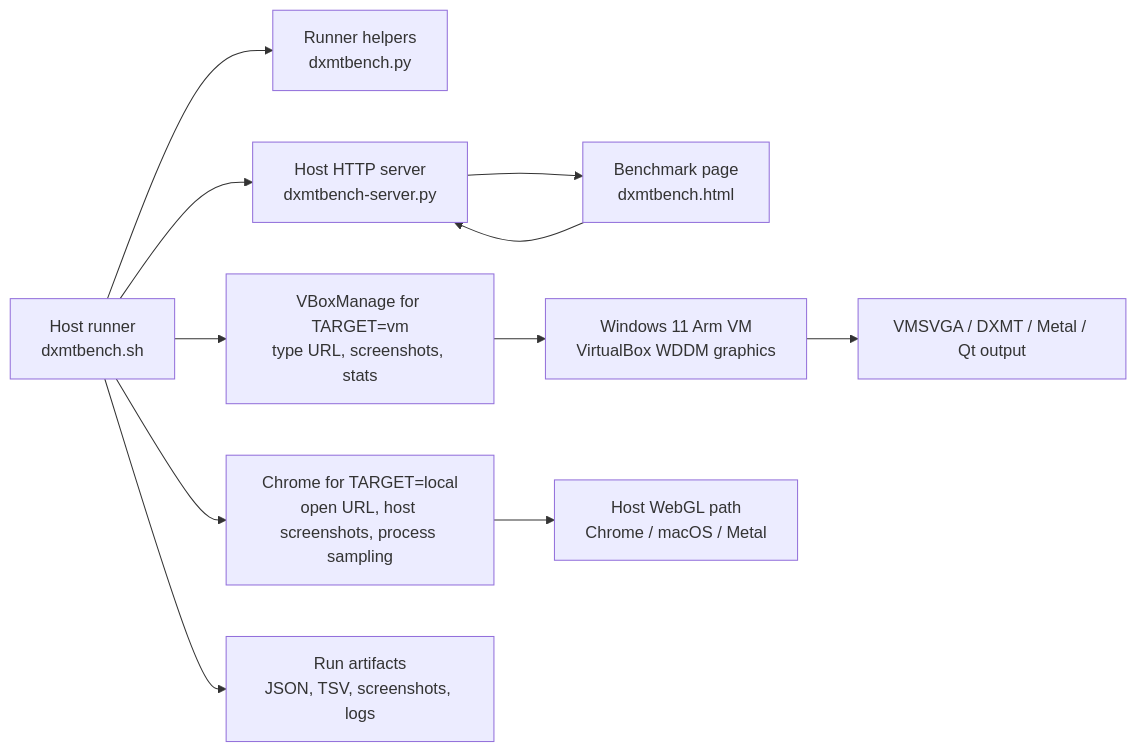
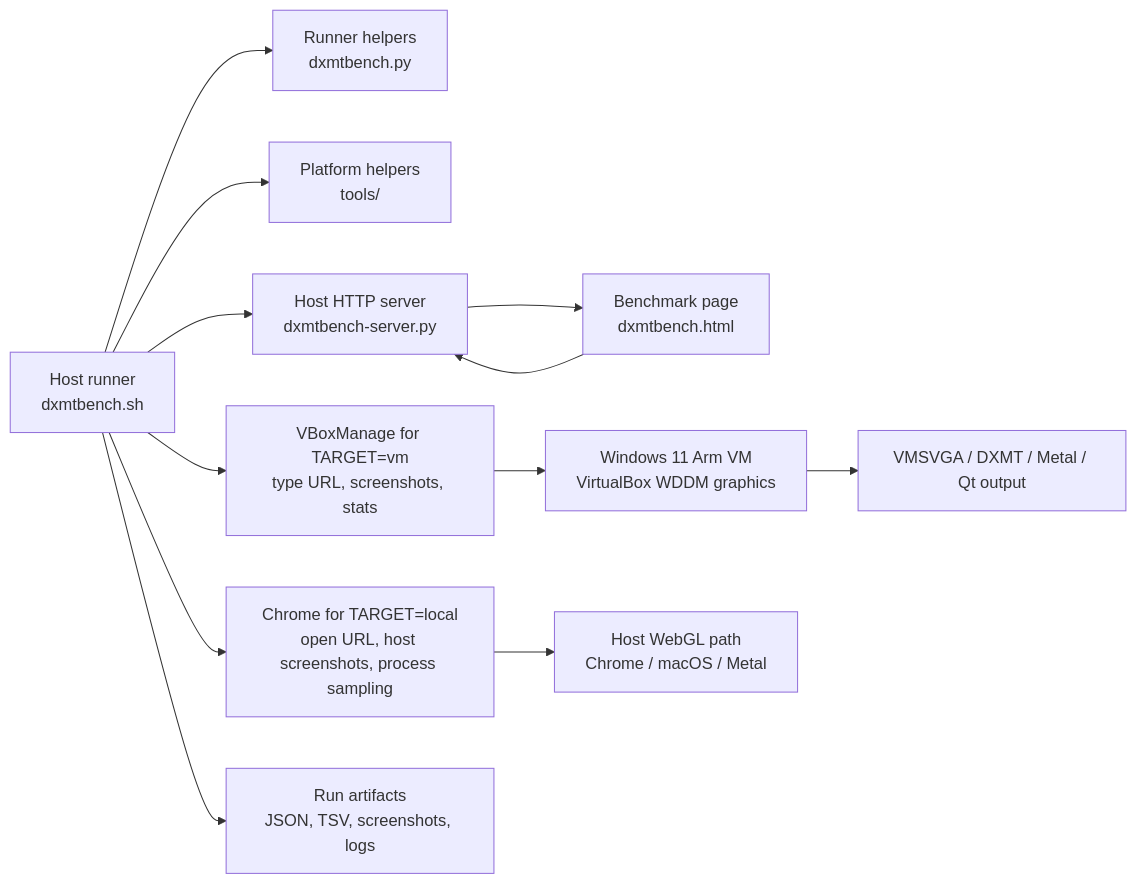
The diagram in README.md (moreaki/dxmtbench), drawn with Mermaid before and after one commit. The commit also changed other lines of this file and 2 other files, not shown here.

````diff
--- a/README.md
+++ b/README.md
@@ -62,13 +62,14 @@
 ```mermaid
 flowchart LR
     A["Host runner<br/>dxmtbench.sh"] --> J["Runner helpers<br/>dxmtbench.py"]
+    A --> K["Platform helpers<br/>tools/"]
     A --> B["Host HTTP server<br/>dxmtbench-server.py"]
     A --> C["VBoxManage for TARGET=vm<br/>type URL, screenshots, stats"]
     A --> H["Chrome for TARGET=local<br/>open URL, host screenshots, process sampling"]
     B --> D["Benchmark page<br/>dxmtbench.html"]
     D --> B
     C --> E["Windows 11 Arm VM<br/>VirtualBox WDDM graphics"]
     E --> F["VMSVGA / DXMT / Metal / Qt output"]
     H --> I["Host WebGL path<br/>Chrome / macOS / Metal"]
     A --> G["Run artifacts<br/>JSON, TSV, screenshots, logs"]
 ```
````
